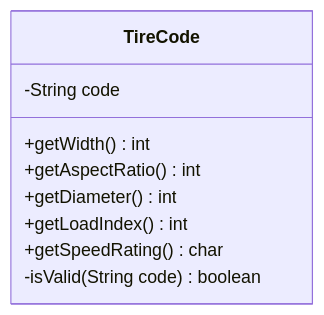
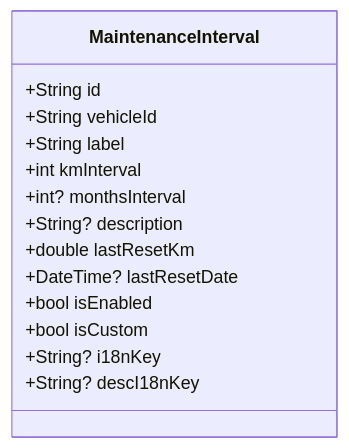
The sixth of 13 diagrams in docs/docs/developer/mobile/app-architecture.md (abrahdev/karter), drawn with Mermaid before and after one commit. The commit also changed other lines of this file and 3 other files, not shown here.

````diff
--- a/docs/docs/developer/mobile/app-architecture.md
+++ b/docs/docs/developer/mobile/app-architecture.md
@@ -253,12 +228,17 @@
 ```mermaid
 classDiagram
-class TireCode {
-        -String code
-        +getWidth() int
-        +getAspectRatio() int
-        +getDiameter() int
-        +getLoadIndex() int
-        +getSpeedRating() char
-        -isValid(String code) boolean
+    class MaintenanceInterval {
+        +String id
+        +String vehicleId
+        +String label
+        +int kmInterval
+        +int? monthsInterval
+        +String? description
+        +double lastResetKm
+        +DateTime? lastResetDate
+        +bool isEnabled
+        +bool isCustom
+        +String? i18nKey
+        +String? descI18nKey
     }
 ```
````
